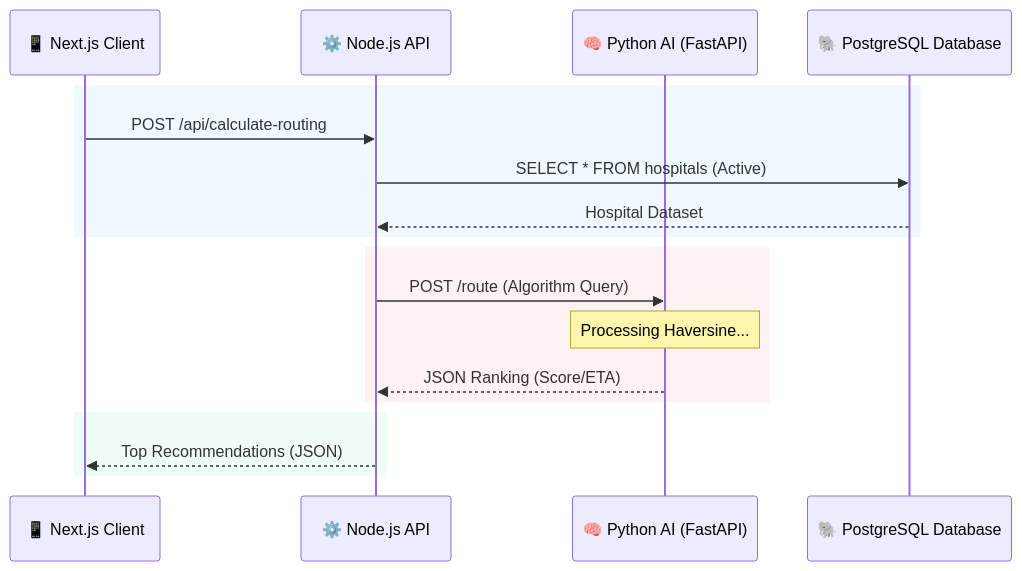
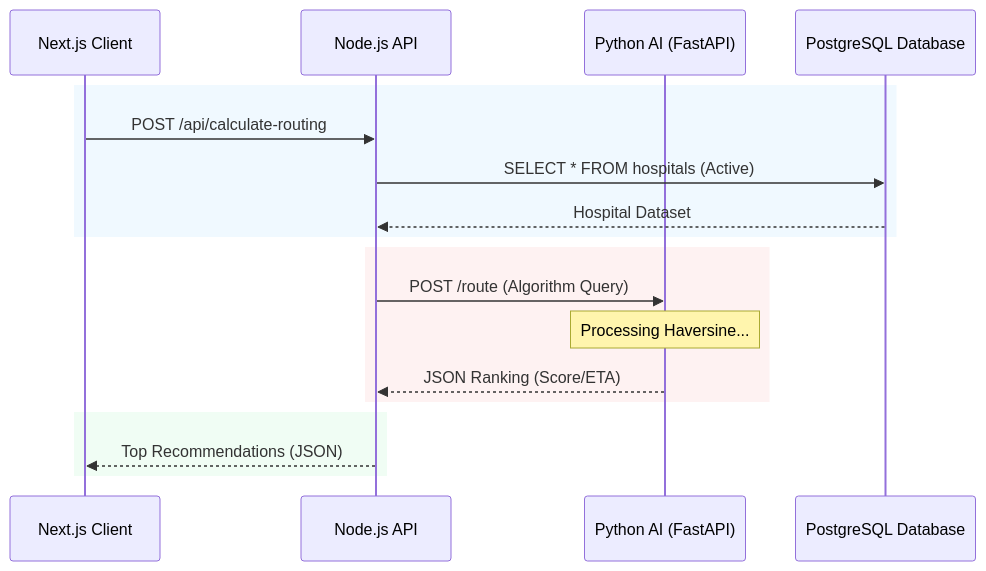
One commit to rid-coder-70/hospital-bed-system changed the diagram in docs/api-docs.md. Above: the diagram before and after it, drawn with Mermaid. The commit also changed other lines of this file and 6 other files, not shown here.

````diff
--- a/docs/api-docs.md
+++ b/docs/api-docs.md
@@ -67,23 +67,23 @@
 ```mermaid
 sequenceDiagram
-    participant Next as 📱 Next.js Client
-    participant Node as ⚙️ Node.js API
-    participant Py as 🧠 Python AI (FastAPI)
-    participant PG as 🐘 PostgreSQL Database
+    participant Next as Next.js Client
+    participant Node as Node.js API
+    participant Py as Python AI (FastAPI)
+    participant PG as PostgreSQL Database
 
     rect rgb(240, 249, 255)
       Next->>Node: POST /api/calculate-routing
       Node->>PG: SELECT * FROM hospitals (Active)
       PG-->>Node: Hospital Dataset
     end
 
     rect rgb(254, 242, 242)
       Node->>Py: POST /route (Algorithm Query)
       Note over Py: Processing Haversine...
       Py-->>Node: JSON Ranking (Score/ETA)
     end
 
     rect rgb(240, 253, 244)
       Node-->>Next: Top Recommendations (JSON)
     end
 ```
````
